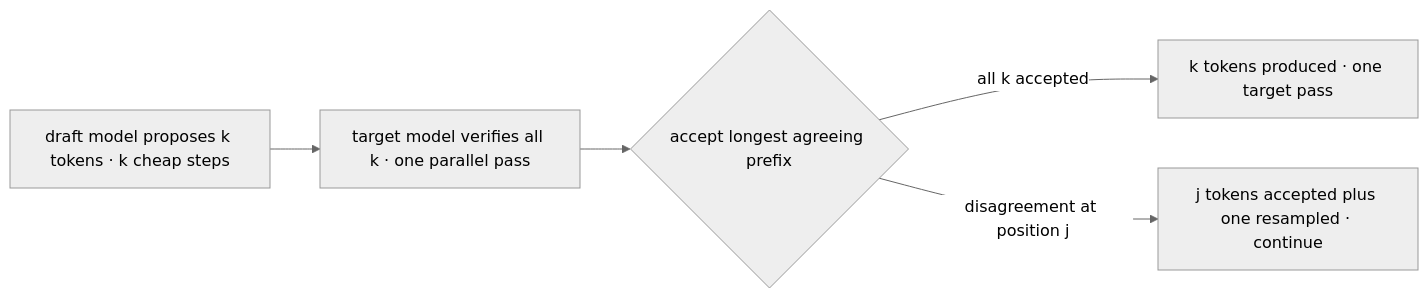
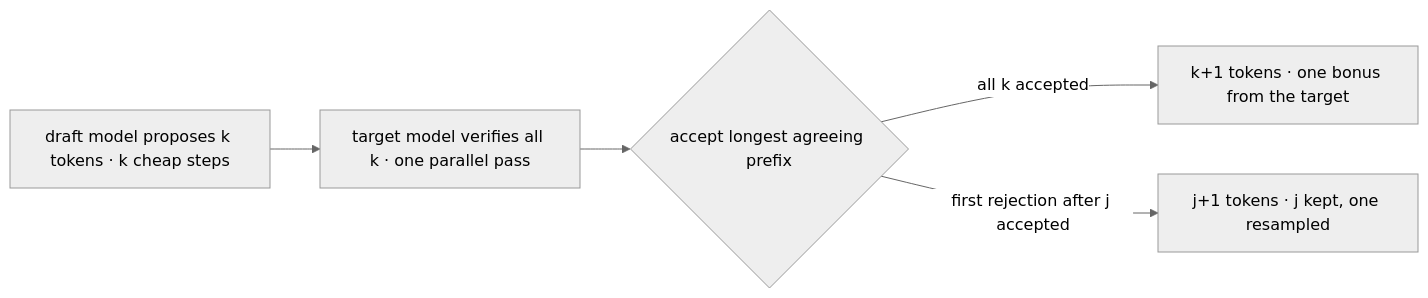
The first of 2 diagrams in modules/06-production/prd-03-inference-optimization.md (naman-shrimali/ai-engineering-curriculum), drawn with Mermaid (neutral theme) before and after one commit. The commit also changed other lines of this file and 46 other files, not shown here.

````diff
--- a/modules/06-production/prd-03-inference-optimization.md
+++ b/modules/06-production/prd-03-inference-optimization.md
@@ -113,7 +113,7 @@
 ```mermaid
 graph LR
   D[draft model proposes k tokens · k cheap steps] --> V[target model verifies all k · one parallel pass]
   V --> A{accept longest agreeing prefix}
-  A -->|all k accepted| N[k tokens produced · one target pass]
-  A -->|disagreement at position j| P[j tokens accepted plus one resampled · continue]
+  A -->|all k accepted| N[k+1 tokens · one bonus from the target]
+  A -->|first rejection after j accepted| P[j+1 tokens · j kept, one resampled]
 ```
````
